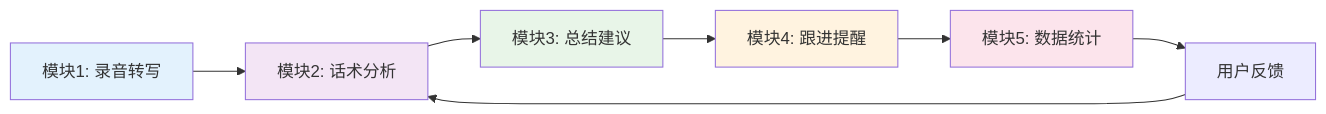
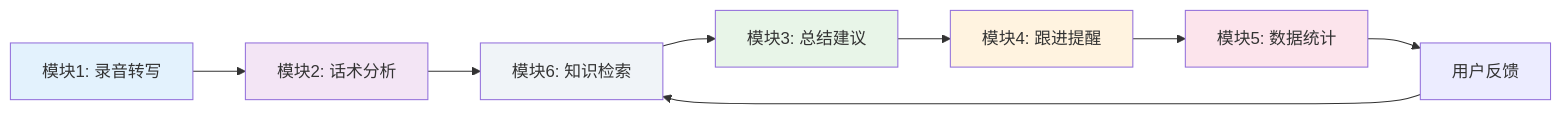
Before and after one commit to franksunye/CallWise-AI: the fifth of 6 diagrams in docs/10-mvp-design.md, drawn with Mermaid. The commit also changed other lines of this file and 3 other files, not shown here.

````diff
--- a/docs/10-mvp-design.md
+++ b/docs/10-mvp-design.md
@@ -111,15 +112,17 @@
 ```mermaid
 flowchart LR
     A[模块1: 录音转写] --> B[模块2: 话术分析]
-    B --> C[模块3: 总结建议]
+    B --> F[模块6: 知识检索]
+    F --> C[模块3: 总结建议]
     C --> D[模块4: 跟进提醒]
     D --> E[模块5: 数据统计]
-    E --> F[用户反馈]
-    F --> B
+    E --> G[用户反馈]
+    G --> F
 
     style A fill:#e3f2fd
     style B fill:#f3e5f5
     style C fill:#e8f5e8
     style D fill:#fff3e0
     style E fill:#fce4ec
+    style F fill:#f0f4f8
 ```
````
